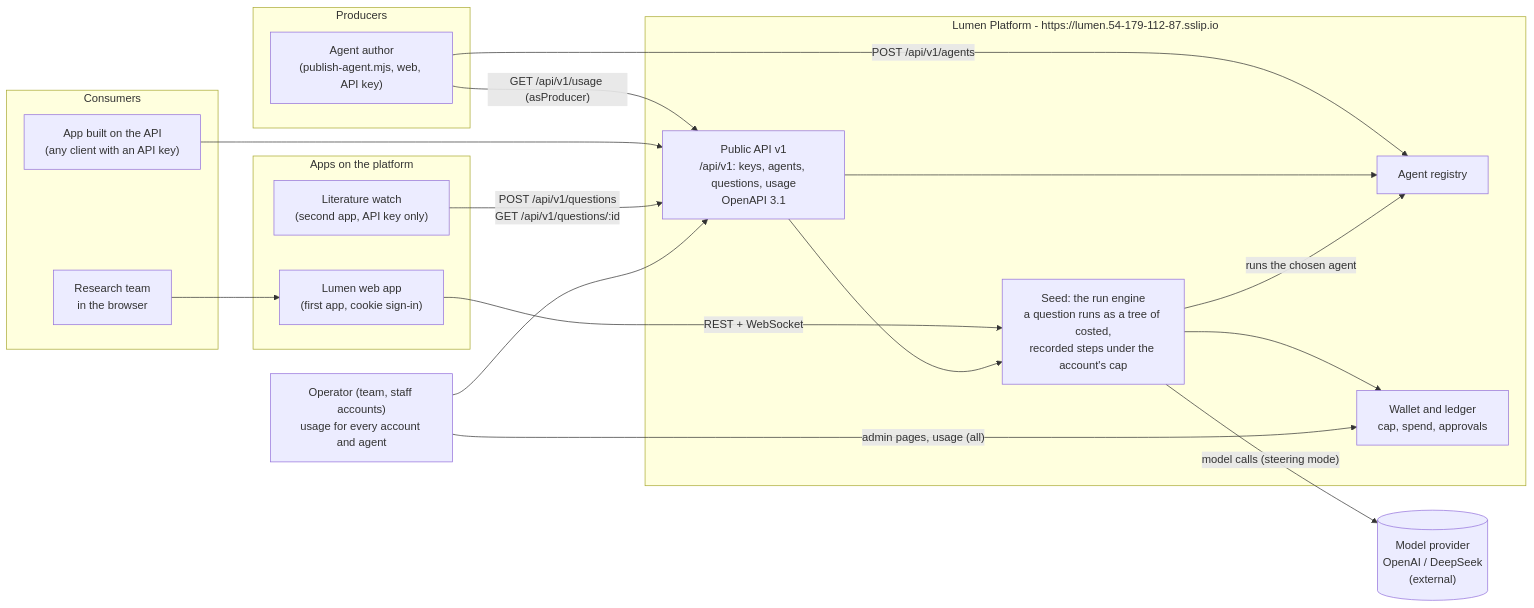
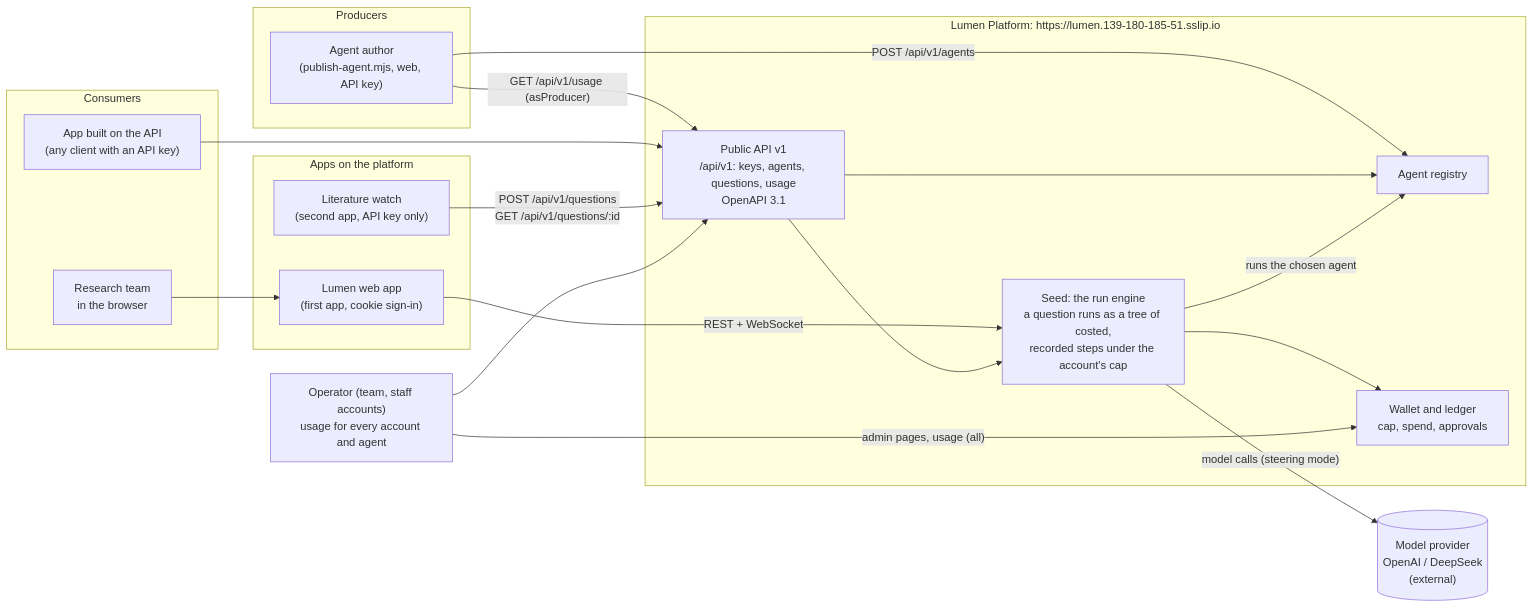
The diagram in docs/platform/diagrams/context.mmd (ziyangliu-666/lumen-next), drawn with Mermaid before and after one commit. The commit also changed 97 other files, not shown here.

```diff
--- a/docs/platform/diagrams/context.mmd
+++ b/docs/platform/diagrams/context.mmd
@@ -1,33 +1,33 @@
 flowchart LR
   subgraph Producers
     P1["Agent author<br/>(publish-agent.mjs, web, API key)"]
   end
   subgraph Consumers
     C1["Research team<br/>in the browser"]
     C2["App built on the API<br/>(any client with an API key)"]
   end
   subgraph Apps["Apps on the platform"]
     A1["Lumen web app<br/>(first app, cookie sign-in)"]
     A2["Literature watch<br/>(second app, API key only)"]
   end
-  subgraph Platform["Lumen Platform - https://lumen.54-179-112-87.sslip.io"]
+  subgraph Platform["Lumen Platform: https://lumen.139-180-185-51.sslip.io"]
     API["Public API v1<br/>/api/v1: keys, agents, questions, usage<br/>OpenAPI 3.1"]
     SEED["Seed: the run engine<br/>a question runs as a tree of costed,<br/>recorded steps under the account's cap"]
     REG["Agent registry"]
     LED["Wallet and ledger<br/>cap, spend, approvals"]
   end
   OP["Operator (team, staff accounts)<br/>usage for every account and agent"]
   P1 -->|"POST /api/v1/agents"| REG
   P1 -->|"GET /api/v1/usage (asProducer)"| API
   C1 --> A1
   C2 --> API
   A1 -->|"REST + WebSocket"| SEED
   A2 -->|"POST /api/v1/questions<br/>GET /api/v1/questions/:id"| API
   API --> SEED
   API --> REG
   SEED --> LED
   SEED -->|"runs the chosen agent"| REG
   OP -->|"admin pages, usage (all)"| LED
   OP --> API
   MODEL[("Model provider<br/>OpenAI / DeepSeek<br/>(external)")]
   SEED -->|"model calls (steering mode)"| MODEL
```
